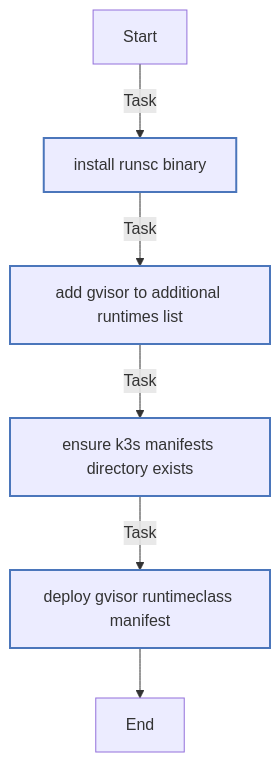
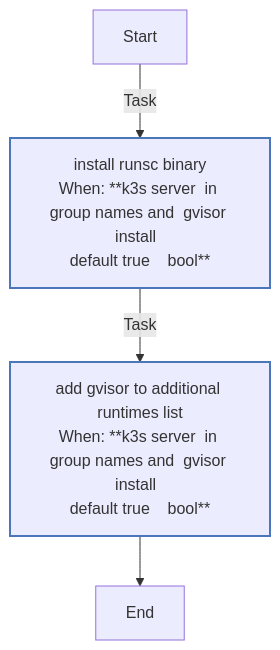
The first of 3 diagrams in roles/gvisor/README.md (rou-cru/k3s-homelab), drawn with Mermaid before and after one commit. The commit also changed other lines of this file and 57 other files, not shown here.

````diff
--- a/roles/gvisor/README.md
+++ b/roles/gvisor/README.md
@@ -62,18 +78,16 @@
 ```mermaid
 flowchart TD
 Start
 classDef block stroke:#3498db,stroke-width:2px;
 classDef task stroke:#4b76bb,stroke-width:2px;
 classDef includeTasks stroke:#16a085,stroke-width:2px;
 classDef importTasks stroke:#34495e,stroke-width:2px;
 classDef includeRole stroke:#2980b9,stroke-width:2px;
 classDef importRole stroke:#699ba7,stroke-width:2px;
 classDef includeVars stroke:#8e44ad,stroke-width:2px;
 classDef rescue stroke:#665352,stroke-width:2px;
 
-  Start-->|Task| Install_runsc_binary0[install runsc binary]:::task
-  Install_runsc_binary0-->|Task| Add_gVisor_to_additional_runtimes_list1[add gvisor to additional runtimes list]:::task
-  Add_gVisor_to_additional_runtimes_list1-->|Task| Ensure_K3s_manifests_directory_exists2[ensure k3s manifests directory exists]:::task
-  Ensure_K3s_manifests_directory_exists2-->|Task| Deploy_gVisor_RuntimeClass_manifest3[deploy gvisor runtimeclass manifest]:::task
-  Deploy_gVisor_RuntimeClass_manifest3-->End
+  Start-->|Task| Install_runsc_binary0[install runsc binary<br>When: **k3s server  in group names and  gvisor install  <br>default true    bool**]:::task
+  Install_runsc_binary0-->|Task| Add_gVisor_to_additional_runtimes_list1[add gvisor to additional runtimes list<br>When: **k3s server  in group names and  gvisor install  <br>default true    bool**]:::task
+  Add_gVisor_to_additional_runtimes_list1-->End
 ```
````
